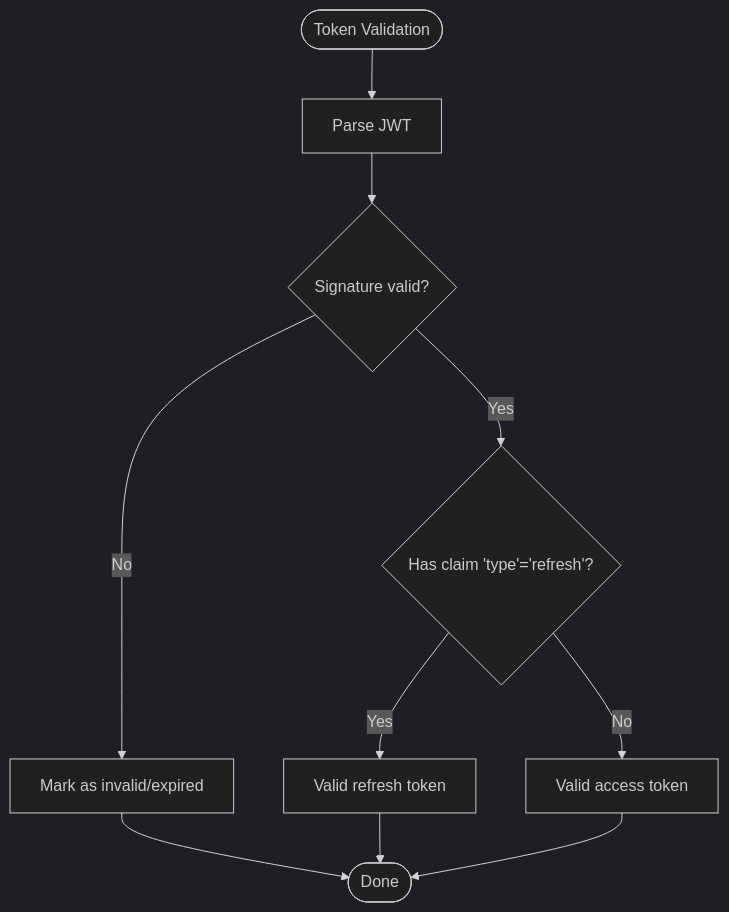
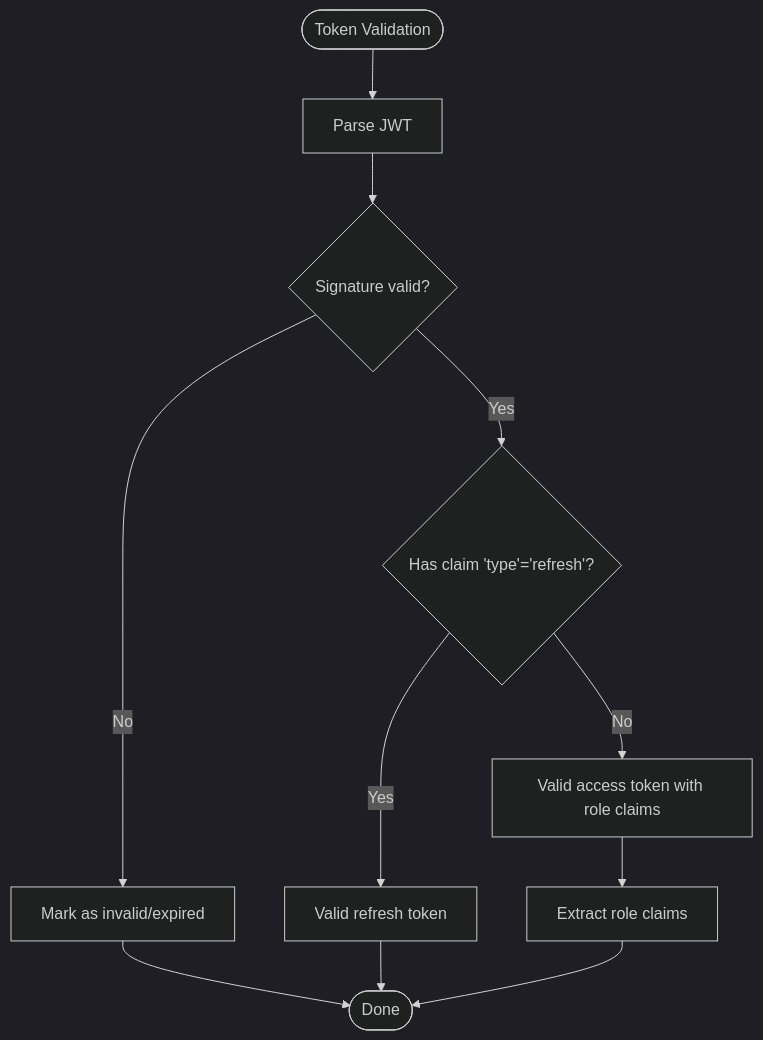
One commit to Vostrikov2014/vks-qoder changed the fifth of 6 diagrams in .qoder/repowiki/en/content/Backend Modules/API Layer/Authentication Controller.md. Above: the diagram before and after it, drawn with Mermaid (dark theme). The commit also changed other lines of this file and 11 other files, not shown here.

````diff
--- a/.qoder/repowiki/en/content/Backend Modules/API Layer/Authentication Controller.md
+++ b/.qoder/repowiki/en/content/Backend Modules/API Layer/Authentication Controller.md
@@ -239,12 +299,13 @@
 ```mermaid
 flowchart TD
 Start(["Token Validation"]) --> Parse["Parse JWT"]
 Parse --> Verify{"Signature valid?"}
 Verify --> |No| Expired["Mark as invalid/expired"]
 Verify --> |Yes| TypeCheck{"Has claim 'type'='refresh'?"}
 TypeCheck --> |Yes| ValidRefresh["Valid refresh token"]
-TypeCheck --> |No| ValidAccess["Valid access token"]
+TypeCheck --> |No| ValidAccess["Valid access token with role claims"]
 Expired --> End(["Done"])
 ValidRefresh --> End
-ValidAccess --> End
+ValidAccess --> RoleCheck["Extract role claims"]
+RoleCheck --> End
 ```
````
